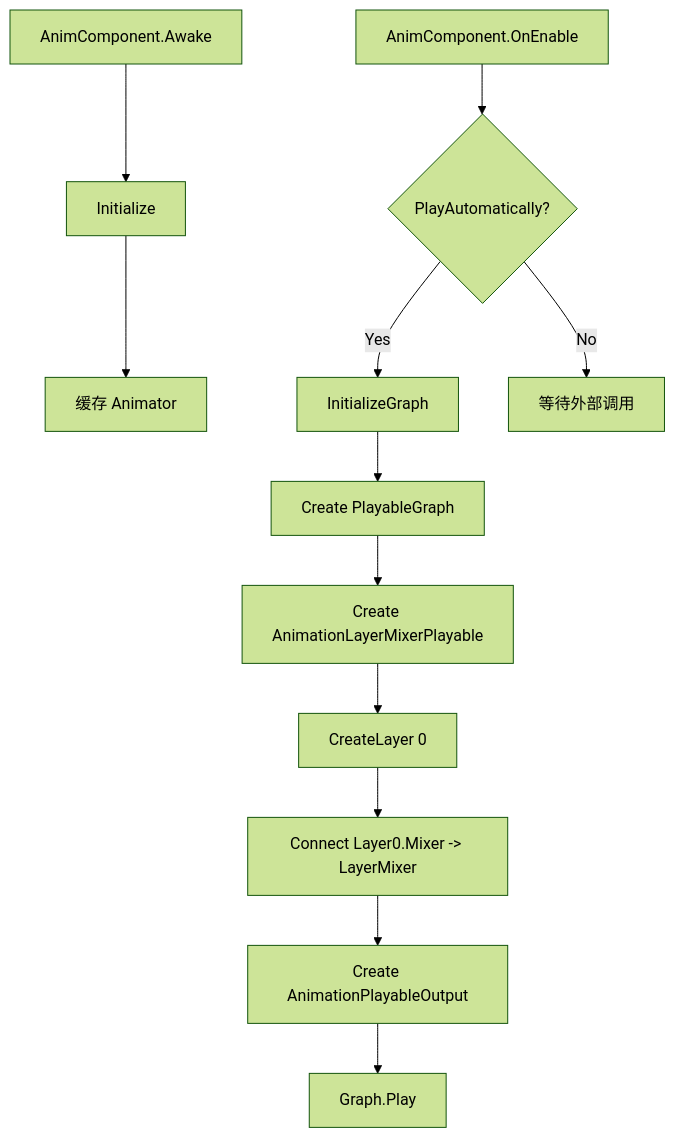
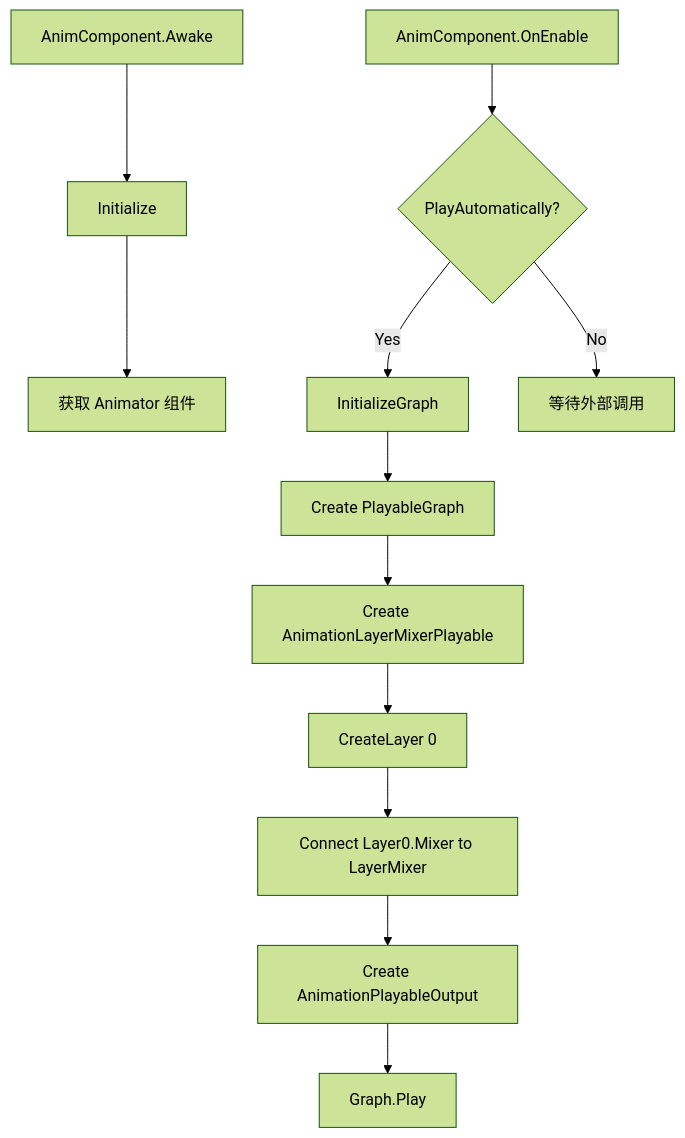
The second of 5 diagrams in Assets/GameClient/MAnimSystem/docs/MAnimSystem_设计架构与流程说明.md (JnkJoe-D/MMO), drawn with Mermaid (forest theme) before and after one commit. The commit also changed other lines of this file and 183 other files, not shown here.

````diff
--- a/Assets/GameClient/MAnimSystem/docs/MAnimSystem_设计架构与流程说明.md
+++ b/Assets/GameClient/MAnimSystem/docs/MAnimSystem_设计架构与流程说明.md
@@ -113,14 +114,14 @@
 ```mermaid
 flowchart TD
     A[AnimComponent.Awake] --> B[Initialize]
-    B --> C[缓存 Animator]
+    B --> C[获取 Animator 组件]
     A2[AnimComponent.OnEnable] --> D{PlayAutomatically?}
     D -->|Yes| E[InitializeGraph]
     D -->|No| F[等待外部调用]
     E --> G[Create PlayableGraph]
     G --> H[Create AnimationLayerMixerPlayable]
     H --> I[CreateLayer 0]
-    I --> J[Connect Layer0.Mixer -> LayerMixer]
+    I --> J[Connect Layer0.Mixer to LayerMixer]
     J --> K[Create AnimationPlayableOutput]
     K --> L[Graph.Play]
 ```
````
